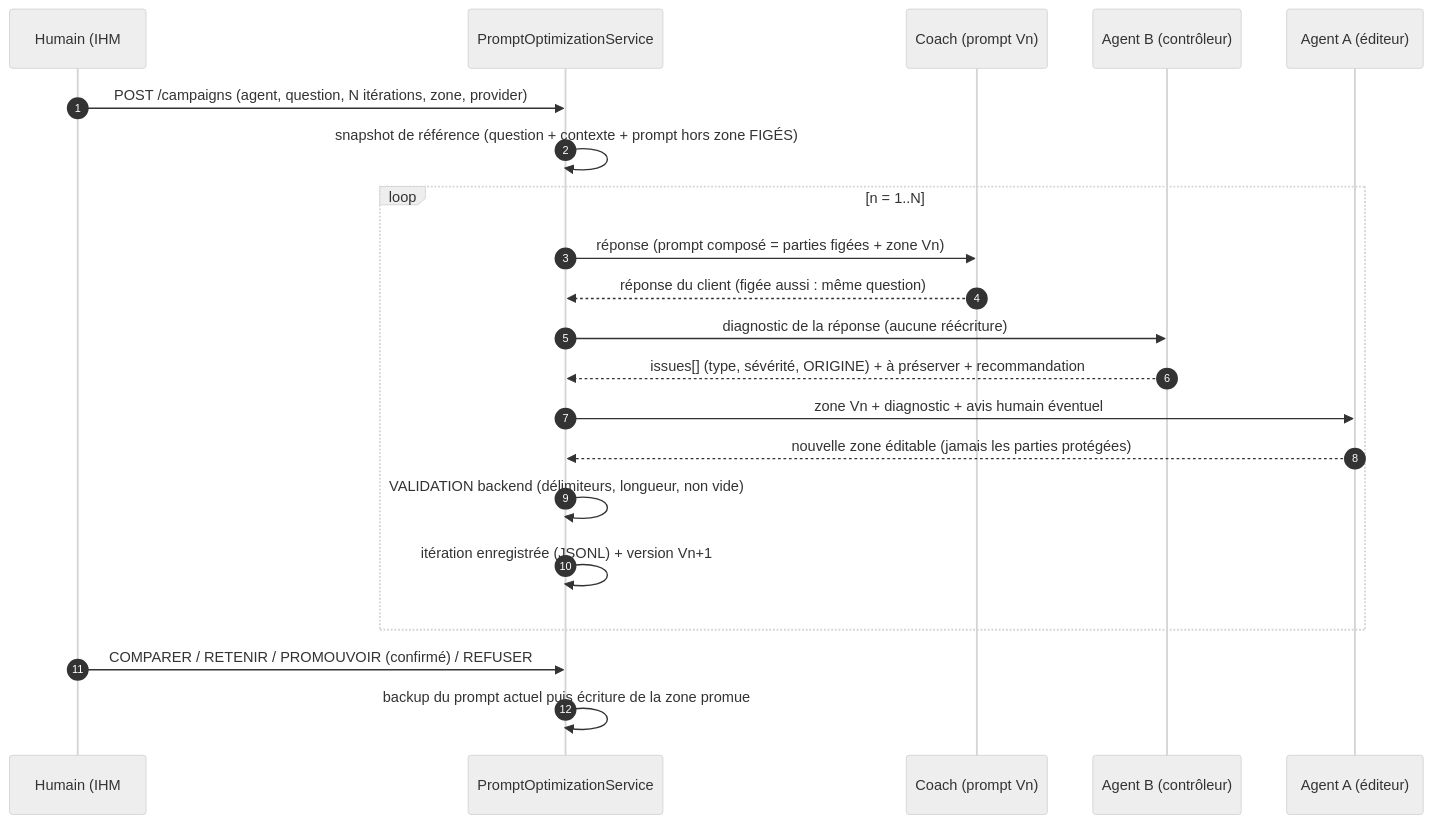
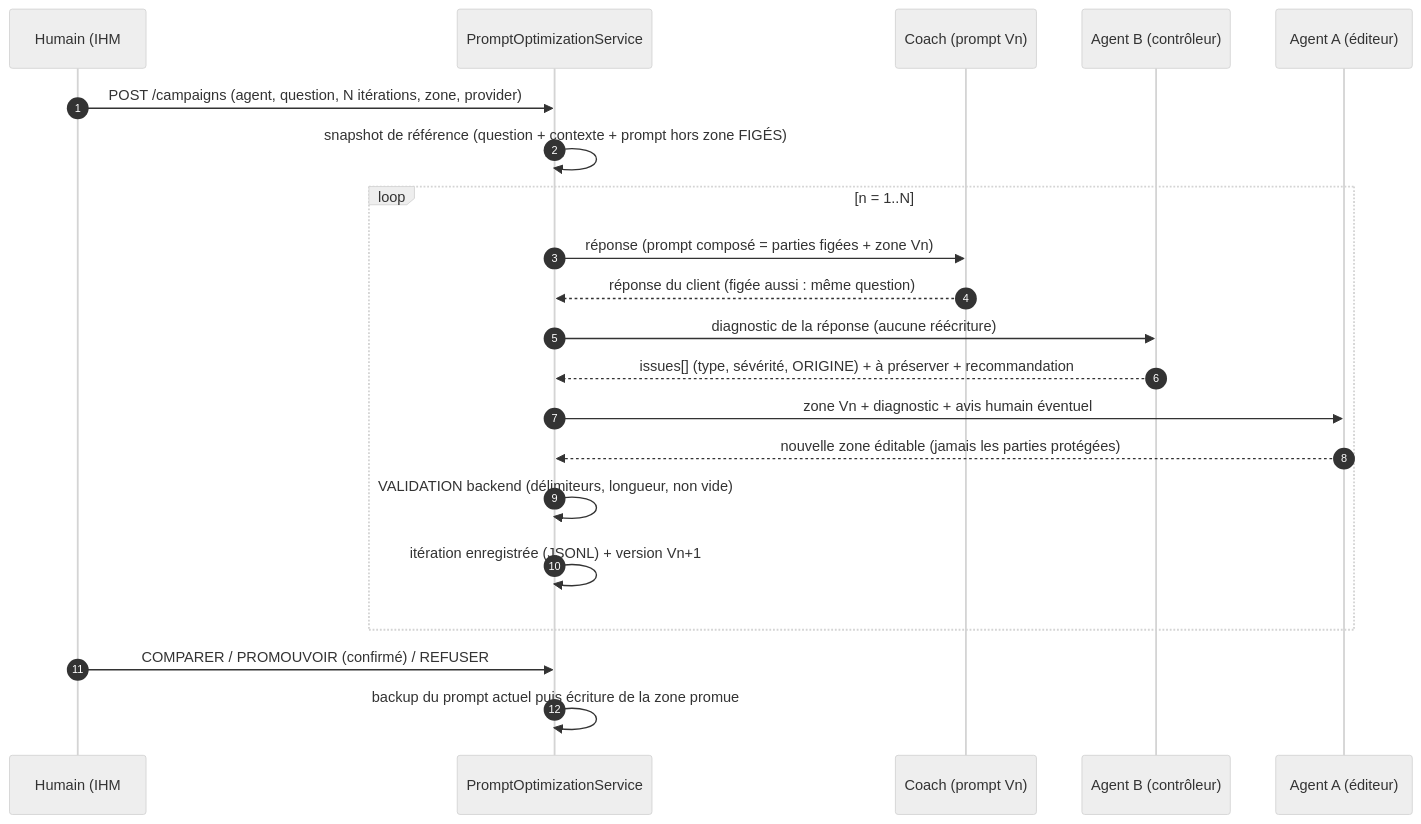
Before and after one commit to gamer2000fr-coder/financial-coach: the fifth of 6 diagrams in docs/doc-technique.md, drawn with Mermaid (neutral theme). The commit also changed other lines of this file and 40 other files, not shown here.

````diff
--- a/docs/doc-technique.md
+++ b/docs/doc-technique.md
@@ -996,24 +1009,24 @@
 ```mermaid
 sequenceDiagram
     autonumber
     participant H as Humain (IHM #/prompt-lab)
     participant S as PromptOptimizationService
     participant C as Coach (prompt Vn)
     participant B as Agent B (contrôleur)
     participant A as Agent A (éditeur)
 
     H->>S: POST /campaigns (agent, question, N itérations, zone, provider)
     S->>S: snapshot de référence (question + contexte + prompt hors zone FIGÉS)
     loop n = 1..N
         S->>C: réponse (prompt composé = parties figées + zone Vn)
         C-->>S: réponse du client (figée aussi : même question)
         S->>B: diagnostic de la réponse (aucune réécriture)
         B-->>S: issues[] (type, sévérité, ORIGINE) + à préserver + recommandation
         S->>A: zone Vn + diagnostic + avis humain éventuel
         A-->>S: nouvelle zone éditable (jamais les parties protégées)
         S->>S: VALIDATION backend (délimiteurs, longueur, non vide)
         S->>S: itération enregistrée (JSONL) + version Vn+1
     end
-    H->>S: COMPARER / RETENIR / PROMOUVOIR (confirmé) / REFUSER
+    H->>S: COMPARER / PROMOUVOIR (confirmé) / REFUSER
     S->>S: backup du prompt actuel puis écriture de la zone promue
 ```
````
